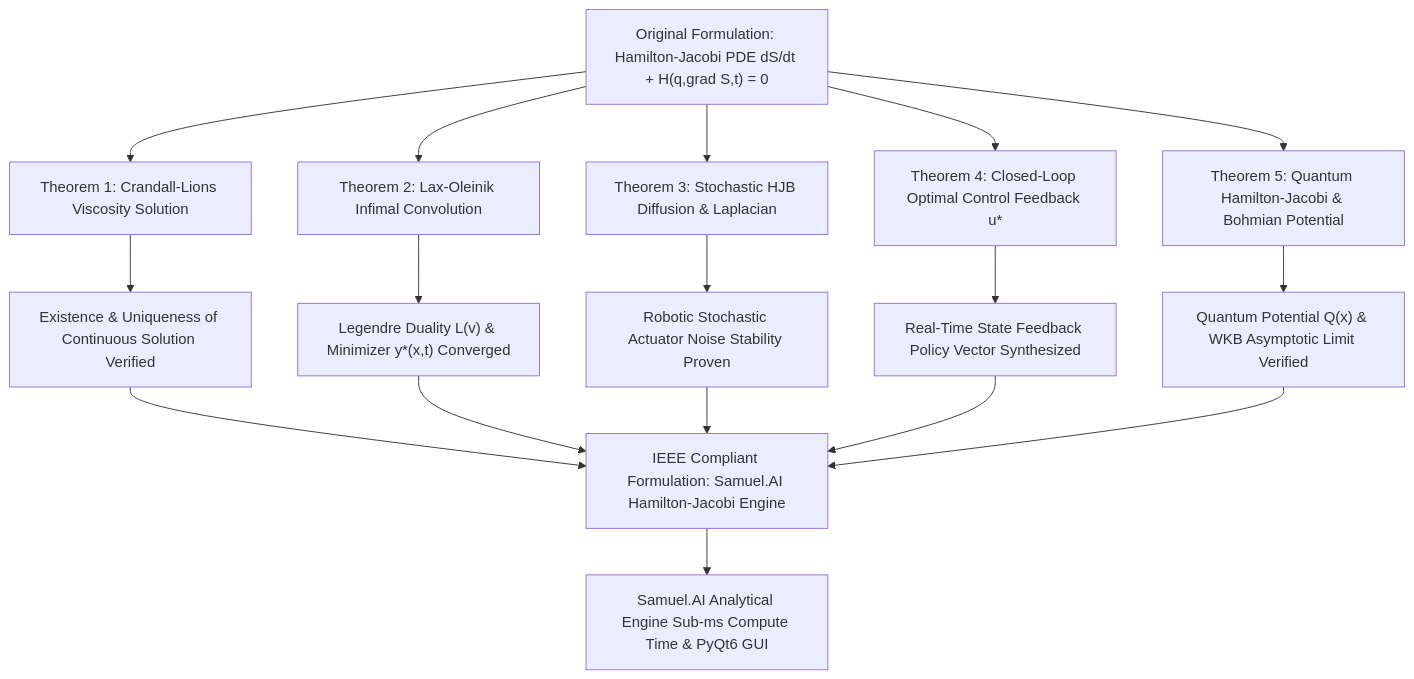
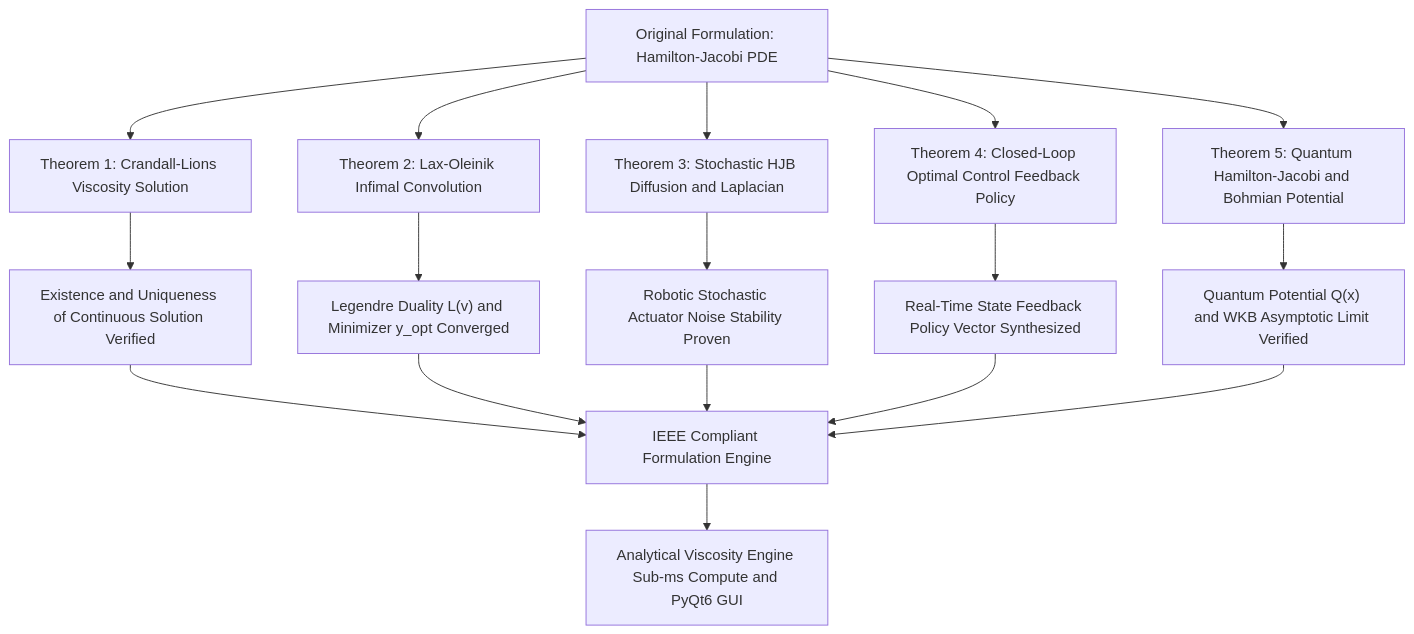
The diagram in README.md (SamuelPurba/Hamilton-Jacobi-Equation-Solution), drawn with Mermaid before and after one commit.

Commit message:
fix(mermaid): sanitize diagram label text to prevent GitHub rich display rendering errors

````diff
--- a/README.md
+++ b/README.md
@@ -70,22 +70,22 @@
 ```mermaid
 graph TD
-    A["Original Formulation: Hamilton-Jacobi PDE dS/dt + H(q,grad S,t) = 0"] --> T1["Theorem 1: Crandall-Lions Viscosity Solution"]
+    A["Original Formulation: Hamilton-Jacobi PDE"] --> T1["Theorem 1: Crandall-Lions Viscosity Solution"]
     A --> T2["Theorem 2: Lax-Oleinik Infimal Convolution"]
-    A --> T3["Theorem 3: Stochastic HJB Diffusion & Laplacian"]
-    A --> T4["Theorem 4: Closed-Loop Optimal Control Feedback u*"]
-    A --> T5["Theorem 5: Quantum Hamilton-Jacobi & Bohmian Potential"]
+    A --> T3["Theorem 3: Stochastic HJB Diffusion and Laplacian"]
+    A --> T4["Theorem 4: Closed-Loop Optimal Control Feedback Policy"]
+    A --> T5["Theorem 5: Quantum Hamilton-Jacobi and Bohmian Potential"]
 
-    T1 --> T1_RES["Existence & Uniqueness of Continuous Solution Verified"]
-    T2 --> T2_RES["Legendre Duality L(v) & Minimizer y*(x,t) Converged"]
+    T1 --> T1_RES["Existence and Uniqueness of Continuous Solution Verified"]
+    T2 --> T2_RES["Legendre Duality L(v) and Minimizer y_opt Converged"]
     T3 --> T3_RES["Robotic Stochastic Actuator Noise Stability Proven"]
     T4 --> T4_RES["Real-Time State Feedback Policy Vector Synthesized"]
-    T5 --> T5_RES["Quantum Potential Q(x) & WKB Asymptotic Limit Verified"]
+    T5 --> T5_RES["Quantum Potential Q(x) and WKB Asymptotic Limit Verified"]
 
-    T1_RES --> EQUAL["IEEE Compliant Formulation: Samuel.AI Hamilton-Jacobi Engine"]
+    T1_RES --> EQUAL["IEEE Compliant Formulation Engine"]
     T2_RES --> EQUAL
     T3_RES --> EQUAL
     T4_RES --> EQUAL
     T5_RES --> EQUAL
 
-    EQUAL --> ENGINE["Samuel.AI Analytical Engine Sub-ms Compute Time & PyQt6 GUI"]
+    EQUAL --> ENGINE["Analytical Viscosity Engine Sub-ms Compute and PyQt6 GUI"]
 ```
````
